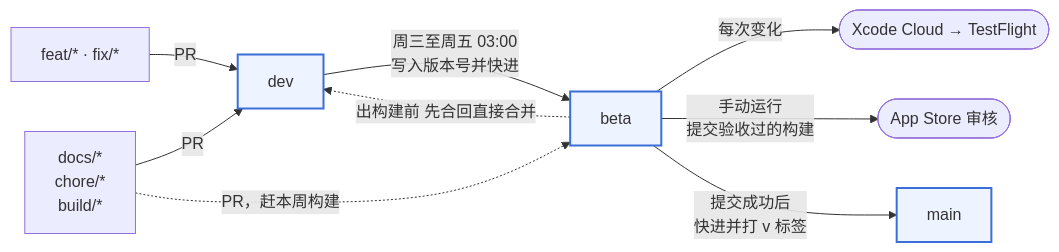
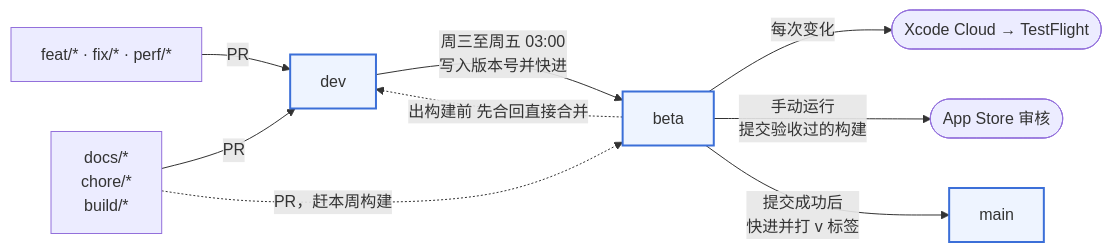
The diagram in Docs/Development.md (Voltline/Vime), drawn with Mermaid before and after one commit. The commit also changed other lines of this file and 1 other file, not shown here.

Commit message:
chore: allow perf/ branches into dev

````diff
--- a/Docs/Development.md
+++ b/Docs/Development.md
@@ -93,13 +93,13 @@
 ```mermaid
 flowchart LR
-    work["feat/* · fix/*"] -- PR --> dev
+    work["feat/* · fix/* · perf/*"] -- PR --> dev
     misc["docs/*<br/>chore/*<br/>build/*"] -- PR --> dev
     misc -. "PR，赶本周构建" .-> beta
     dev -- "周三至周五 03:00<br/>写入版本号并快进" --> beta
     beta -. "出构建前 先合回直接合并" .-> dev
     beta -- "每次变化" --> testflight(["Xcode Cloud → TestFlight"])
     beta -- "手动运行<br/>提交验收过的构建" --> review(["App Store 审核"])
     beta -- "提交成功后<br/>快进并打 v 标签" --> main
     classDef branch fill:#eef4ff,stroke:#3b6fd8,stroke-width:2px
     class dev,beta,main branch
 ```
````
